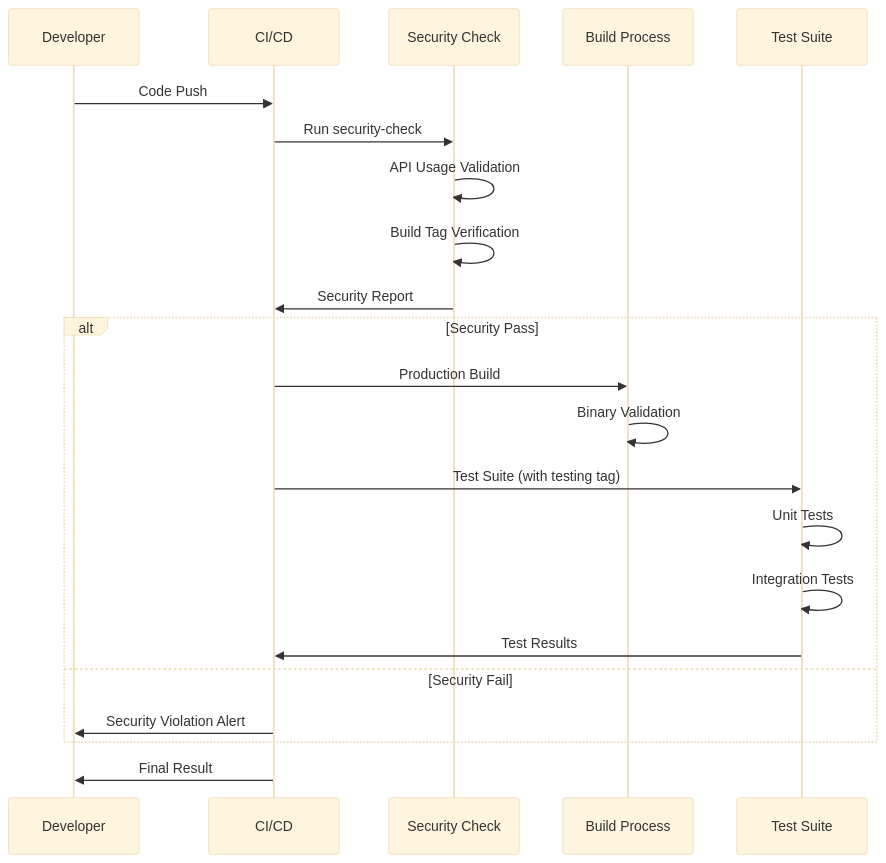
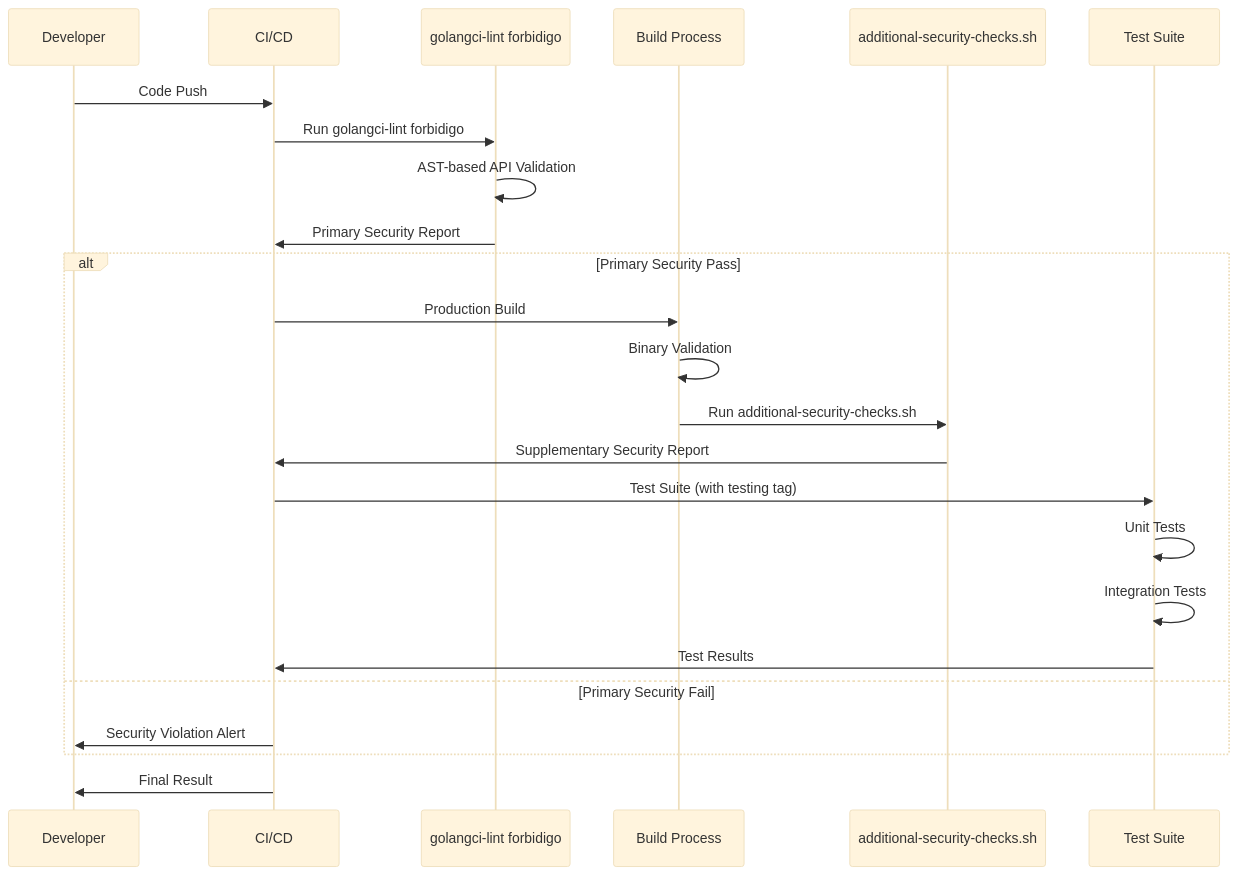
The fourth of 4 diagrams in docs/tasks/0022_hash_directory_security_enhancement/04_implementation_plan.md (isseis/go-safe-cmd-runner), drawn with Mermaid (base theme) before and after one commit. The commit also changed other lines of this file and 3 other files, not shown here.

First line of the commit message:
Remove hash-directory flag and tighten security validation for build

````diff
--- a/docs/tasks/0022_hash_directory_security_enhancement/04_implementation_plan.md
+++ b/docs/tasks/0022_hash_directory_security_enhancement/04_implementation_plan.md
@@ -355,27 +357,29 @@
 ```mermaid
 sequenceDiagram
     participant Dev as Developer
     participant CI as CI/CD
-    participant Security as Security Check
+    participant Security as golangci-lint forbidigo
     participant Build as Build Process
+    participant Additional as additional-security-checks.sh
     participant Test as Test Suite
 
     Dev->>CI: Code Push
-    CI->>Security: Run security-check
-    Security->>Security: API Usage Validation
-    Security->>Security: Build Tag Verification
-    Security->>CI: Security Report
+    CI->>Security: Run golangci-lint forbidigo
+    Security->>Security: AST-based API Validation
+    Security->>CI: Primary Security Report
 
-    alt Security Pass
+    alt Primary Security Pass
         CI->>Build: Production Build
         Build->>Build: Binary Validation
+        Build->>Additional: Run additional-security-checks.sh
+        Additional->>CI: Supplementary Security Report
         CI->>Test: Test Suite (with testing tag)
         Test->>Test: Unit Tests
         Test->>Test: Integration Tests
         Test->>CI: Test Results
-    else Security Fail
+    else Primary Security Fail
         CI->>Dev: Security Violation Alert
     end
 
     CI->>Dev: Final Result
 ```
````
